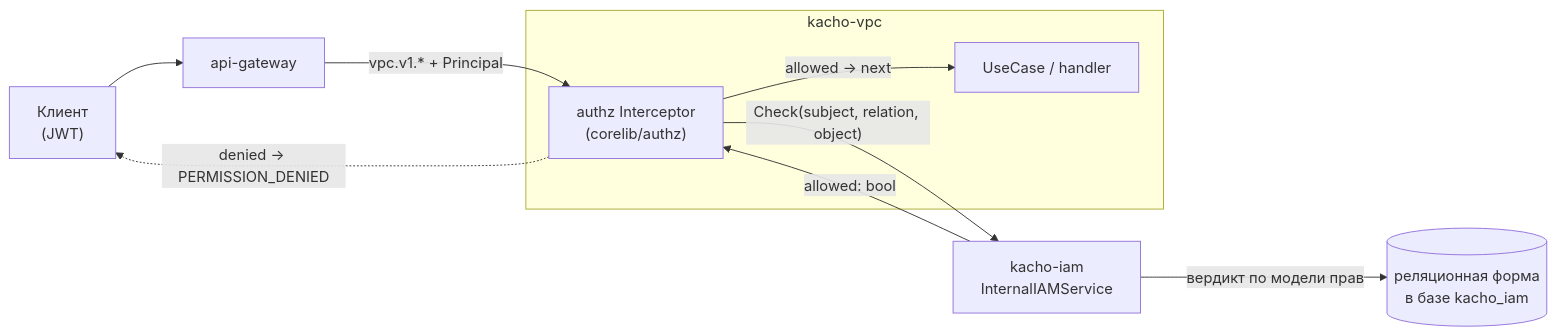
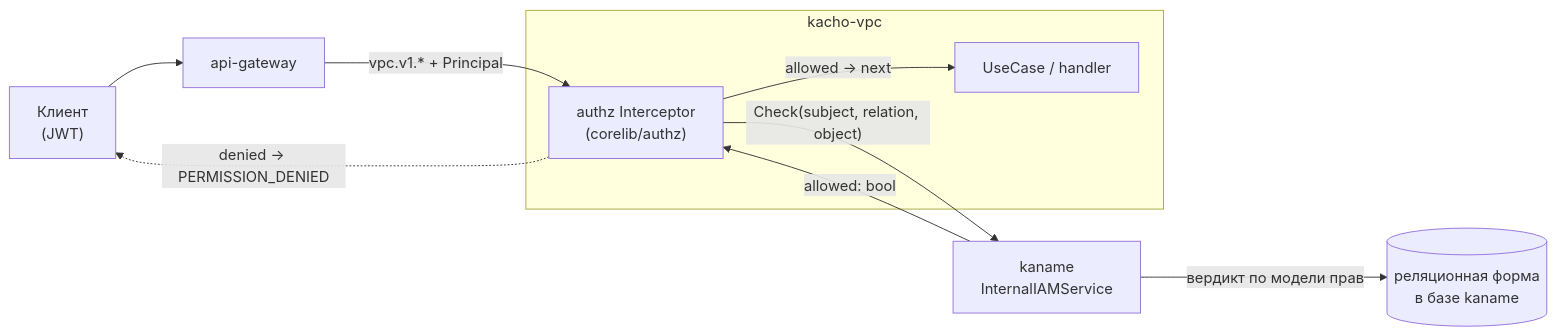
The first of 3 diagrams in services/vpc/docs/content/architecture/authz.mdx (PRO-Robotech/kacho), drawn with Mermaid before and after one commit. The commit also changed other lines of this file and 5005 other files, not shown here.

````diff
--- a/services/vpc/docs/content/architecture/authz.mdx
+++ b/services/vpc/docs/content/architecture/authz.mdx
@@ -36,14 +36,14 @@
 ```mermaid
 flowchart LR
   cli["Клиент<br/>(JWT)"] --> agw["api-gateway"]
   agw -->|"vpc.v1.* + Principal"| icpt
   subgraph vpc["kacho-vpc"]
     icpt["authz Interceptor<br/>(corelib/authz)"]
     uc["UseCase / handler"]
   end
-  icpt -->|"Check(subject, relation, object)"| iam["kacho-iam<br/>InternalIAMService"]
-  iam -->|"вердикт по модели прав"| rel[("реляционная форма<br/>в базе kacho_iam")]
+  icpt -->|"Check(subject, relation, object)"| iam["kaname<br/>InternalIAMService"]
+  iam -->|"вердикт по модели прав"| rel[("реляционная форма<br/>в базе kaname")]
   iam -->|"allowed: bool"| icpt
   icpt -->|"allowed → next"| uc
   icpt -. "denied → PERMISSION_DENIED" .-> cli
 ```
````
